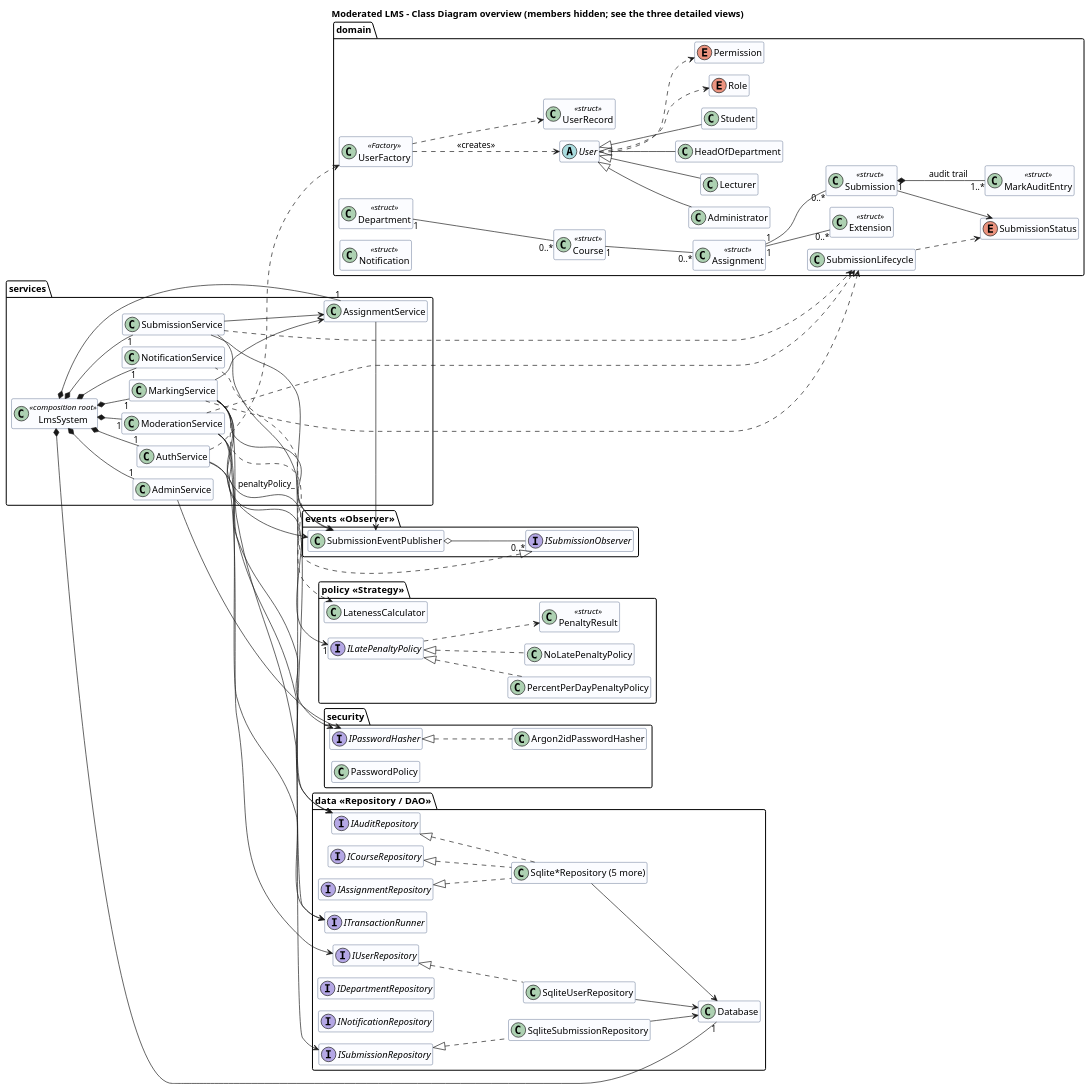
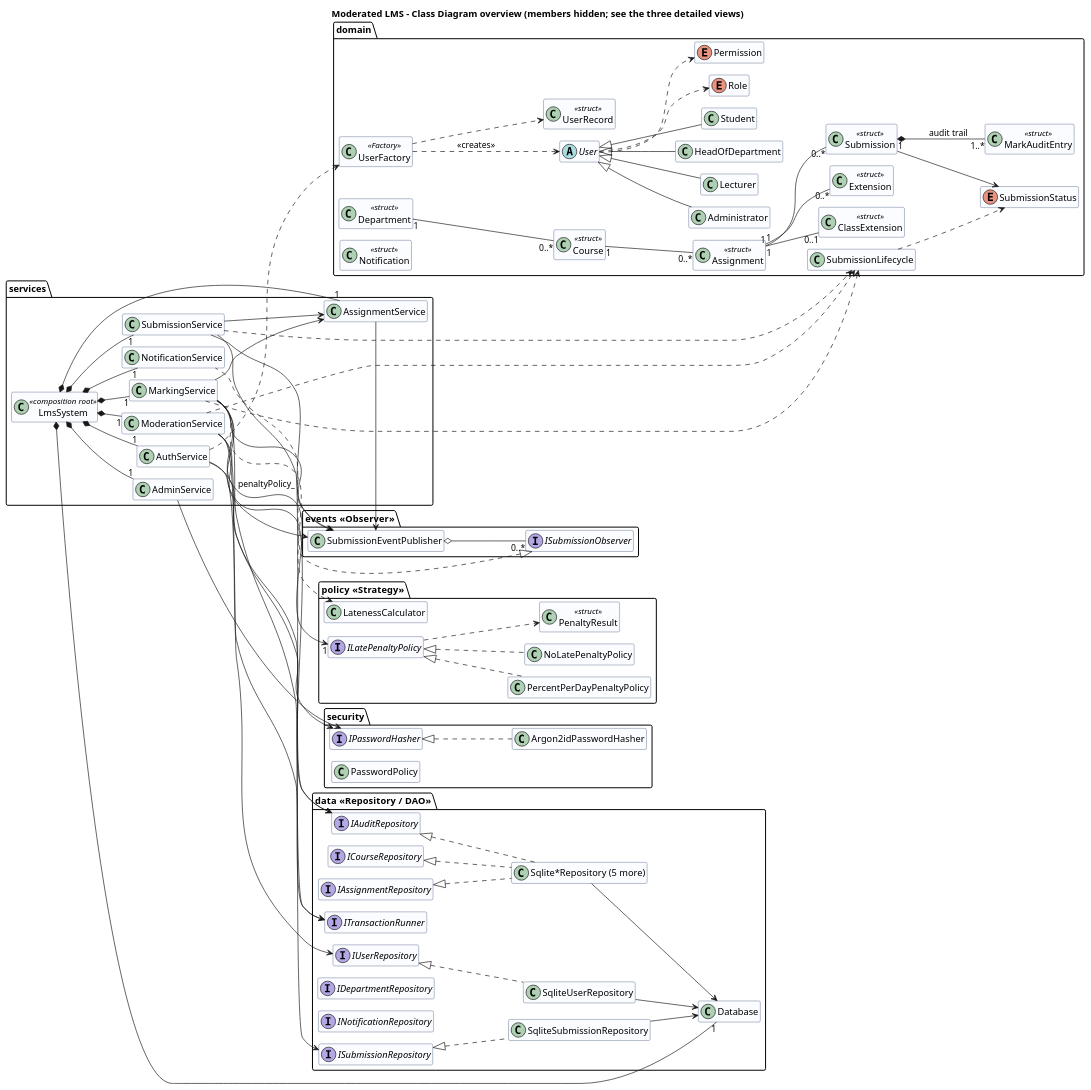
Before and after one commit to victormonyekem02-sudo/Edu-Management-System: the diagram in docs/diagrams/class-diagram.puml, drawn with PlantUML. The commit also changed 48 other files, not shown here.

```diff
--- a/docs/diagrams/class-diagram.puml
+++ b/docs/diagrams/class-diagram.puml
@@ -103,6 +103,8 @@
     + createdBy : int
     + createdAt : Timestamp
   }
+  class ClassExtension <<struct>> {
+  }
   class Extension <<struct>> {
     + id : int
     + assignmentId : int
@@ -162,6 +164,7 @@
   Department "1" -- "0..*" Course
   Course "1" -- "0..*" Assignment
   Assignment "1" -- "0..*" Extension
+  Assignment "1" -- "0..1" ClassExtension
   Assignment "1" -- "0..*" Submission
   Submission "1" *-- "1..*" MarkAuditEntry : audit trail >
   Submission --> SubmissionStatus
```
